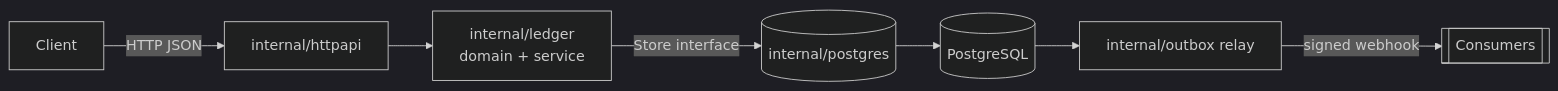
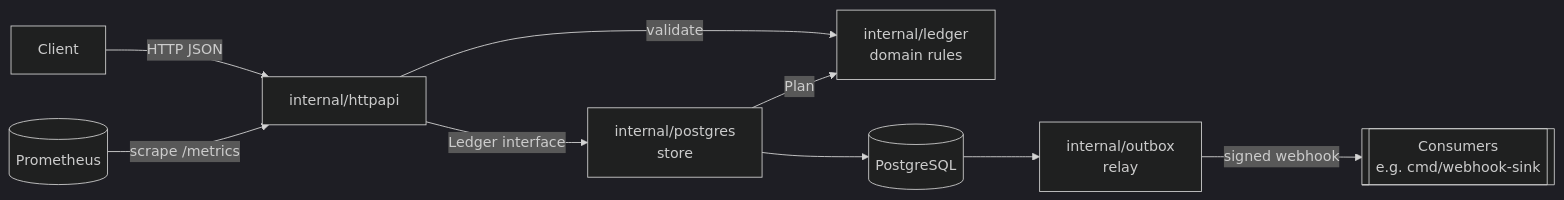
Before and after one commit to Nguyenngoctruong274/go-ledger: the first of 3 diagrams in README.md, drawn with Mermaid (dark theme). The commit also changed other lines of this file, not shown here.

````diff
--- a/README.md
+++ b/README.md
@@ -30,9 +32,11 @@
 ```mermaid
 flowchart LR
     C[Client] -->|HTTP JSON| API[internal/httpapi]
-    API --> SVC[internal/ledger<br/>domain + service]
-    SVC -->|Store interface| PG[(internal/postgres)]
-    PG --> DB[(PostgreSQL)]
-    DB --> OB[internal/outbox relay]
-    OB -->|signed webhook| MQ[[Consumers]]
+    API -->|validate| DOM[internal/ledger<br/>domain rules]
+    API -->|Ledger interface| ST[internal/postgres<br/>store]
+    ST -->|Plan| DOM
+    ST --> DB[(PostgreSQL)]
+    DB --> OB[internal/outbox<br/>relay]
+    OB -->|signed webhook| MQ[[Consumers<br/>e.g. cmd/webhook-sink]]
+    PR[(Prometheus)] -->|scrape /metrics| API
 ```
````
